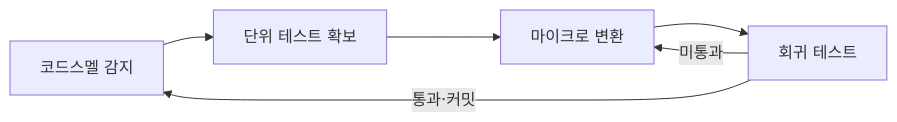
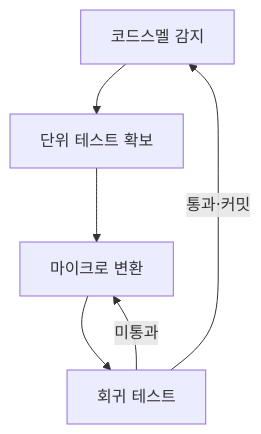
Before and after one commit to agnusdei1207/study: the first of 2 diagrams in src/content/docs/notes/itpe/02-software-engineering/006_refactoring.md, drawn with Mermaid. The commit also changed other lines of this file, not shown here.

Commit message:
Tighten refactoring answer and verticalize its diagram

````diff
--- a/src/content/docs/notes/itpe/02-software-engineering/006_refactoring.md
+++ b/src/content/docs/notes/itpe/02-software-engineering/006_refactoring.md
@@ -51,6 +51,6 @@
 ```mermaid
-flowchart LR
+flowchart TD
     SM["코드스멜 감지"] --> UT["단위 테스트 확보"] --> RF["마이크로 변환"] --> RT["회귀 테스트"]
     RT -->|통과·커밋| SM
     RT -->|미통과| RF
 ```
````
